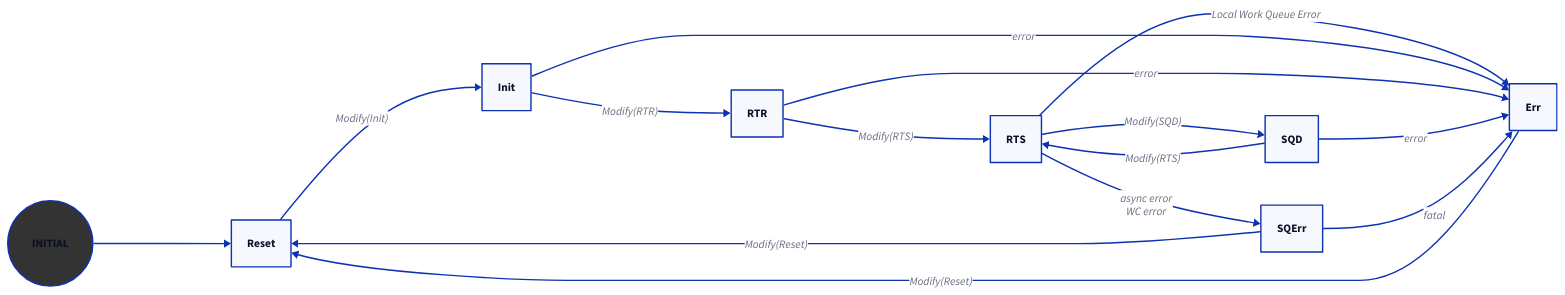
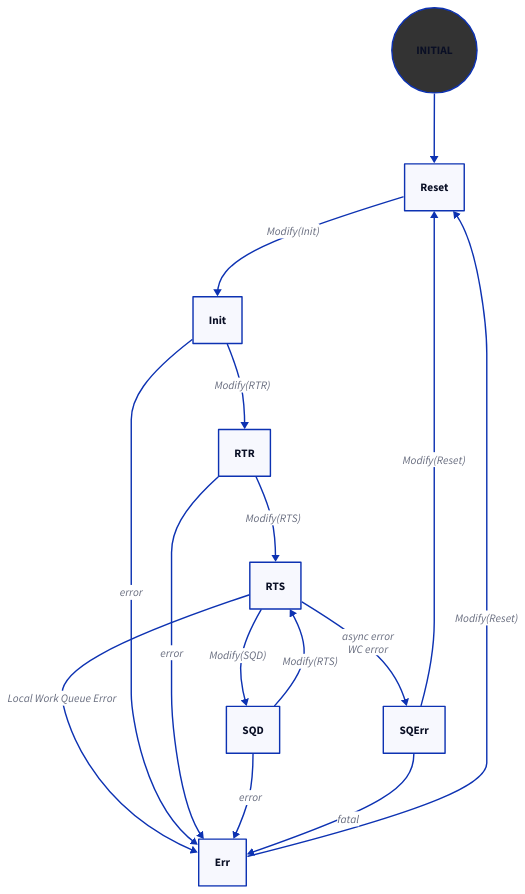
Before and after one commit to humbleowl39/DV_SKOOL: the third of 4 diagrams in topics/rdma/docs/04_service_types_qp.md, drawn with D2. The commit also changed other lines of this file and 90 other files, not shown here.

First line of the commit message:
docs: 전 토픽 다이어그램 정비 — ASCII→D2, mermaid→D2, 과대 D2 가시성 수정

````diff
--- a/topics/rdma/docs/04_service_types_qp.md
+++ b/topics/rdma/docs/04_service_types_qp.md
@@ -277,27 +277,19 @@
 ```d2
-direction: right
+direction: down
 
 INITIAL { shape: circle; style.fill: "#333" }
 INITIAL -> Reset
 Reset -> Init: "Modify(Init)"
 Init -> RTR: "Modify(RTR)"
-# unparsed: note right of RTR
-# unparsed: Ready To Receive
-# unparsed: RX 가능, TX 불가
-# unparsed: end note
 RTR -> RTS: "Modify(RTS)"
 RTS -> SQD: "Modify(SQD)"
 SQD -> RTS: "Modify(RTS)"
 RTS -> SQErr: "async error\nWC error"
 RTS -> Err: "Local Work Queue Error"
 Init -> Err: "error"
 RTR -> Err: "error"
 SQD -> Err: "error"
 SQErr -> Err: "fatal"
 Err -> Reset: "Modify(Reset)"
 SQErr -> Reset: "Modify(Reset)"
-# unparsed: note right of Err
-# unparsed: Modify(Reset) 으로만
-# unparsed: 빠져나옴
-# unparsed: end note
 ```
````
